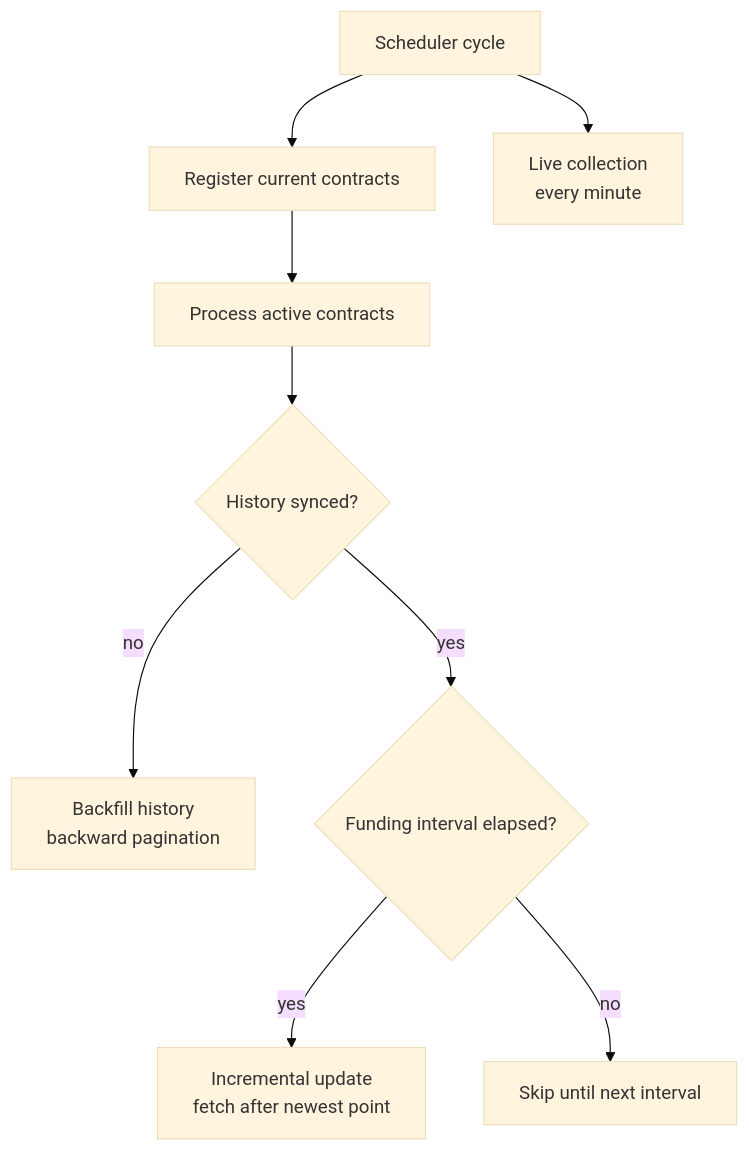
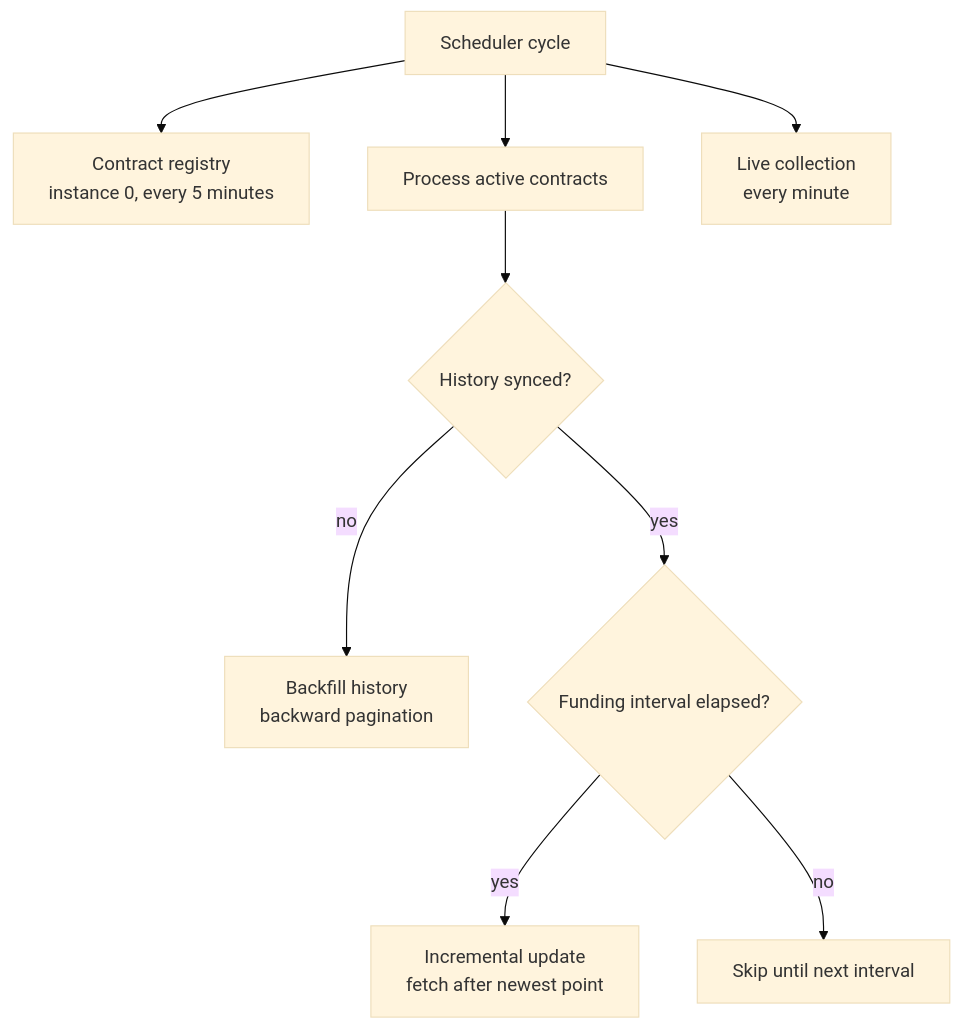
The diagram in fundingpulse/tracker/README.md (NikitaPirate/fundingpulse), drawn with Mermaid (base theme) before and after one commit. The commit also changed other lines of this file and 10 other files, not shown here.

Commit message:
Refactor tracker contract registry orchestration

````diff
--- a/fundingpulse/tracker/README.md
+++ b/fundingpulse/tracker/README.md
@@ -14,19 +14,20 @@
 ```mermaid
 flowchart TD
     Start["Scheduler cycle"]
-    Register["Register current contracts"]
+    Registry["Contract registry<br/>instance 0, every 5 minutes"]
     ForEach["Process active contracts"]
     State{"History synced?"}
     Sync["Backfill history<br/>backward pagination"]
     UpdateGate{"Funding interval elapsed?"}
     Update["Incremental update<br/>fetch after newest point"]
     Skip["Skip until next interval"]
     Live["Live collection<br/>every minute"]
 
-    Start --> Register --> ForEach --> State
+    Start --> Registry
+    Start --> ForEach --> State
     State -- "no" --> Sync
     State -- "yes" --> UpdateGate
     UpdateGate -- "yes" --> Update
     UpdateGate -- "no" --> Skip
     Start --> Live
 ```
````
